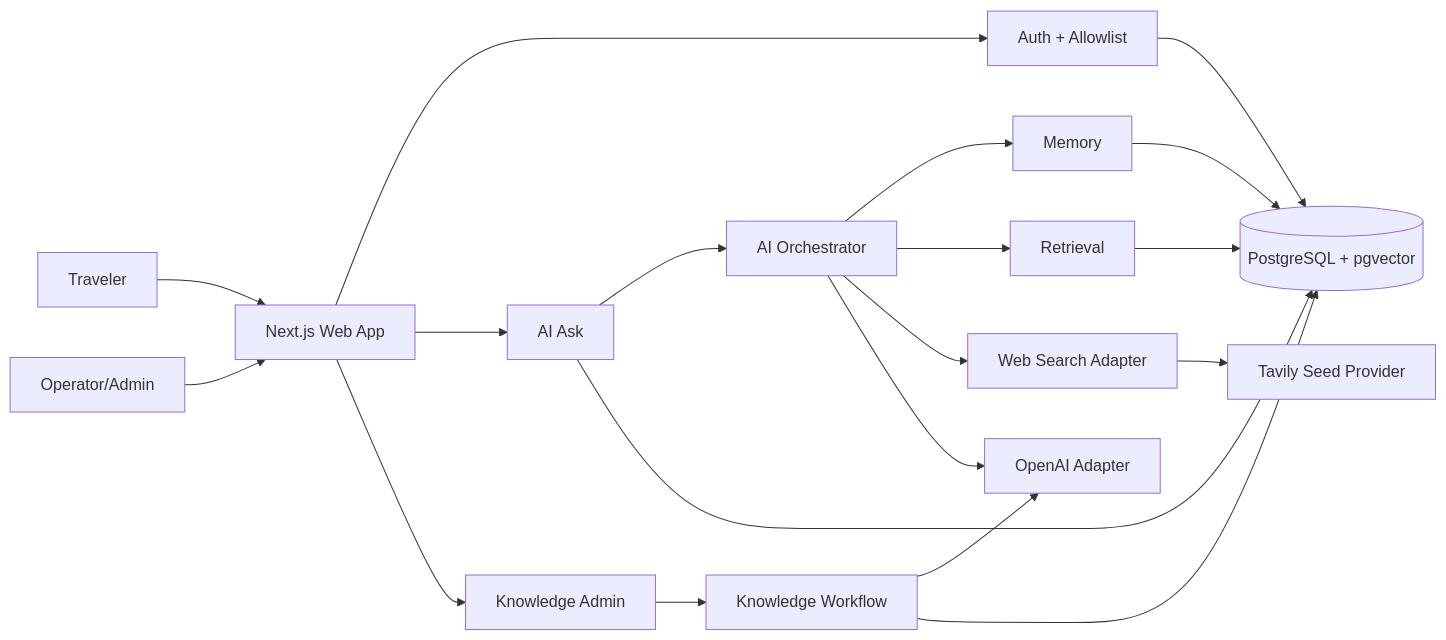
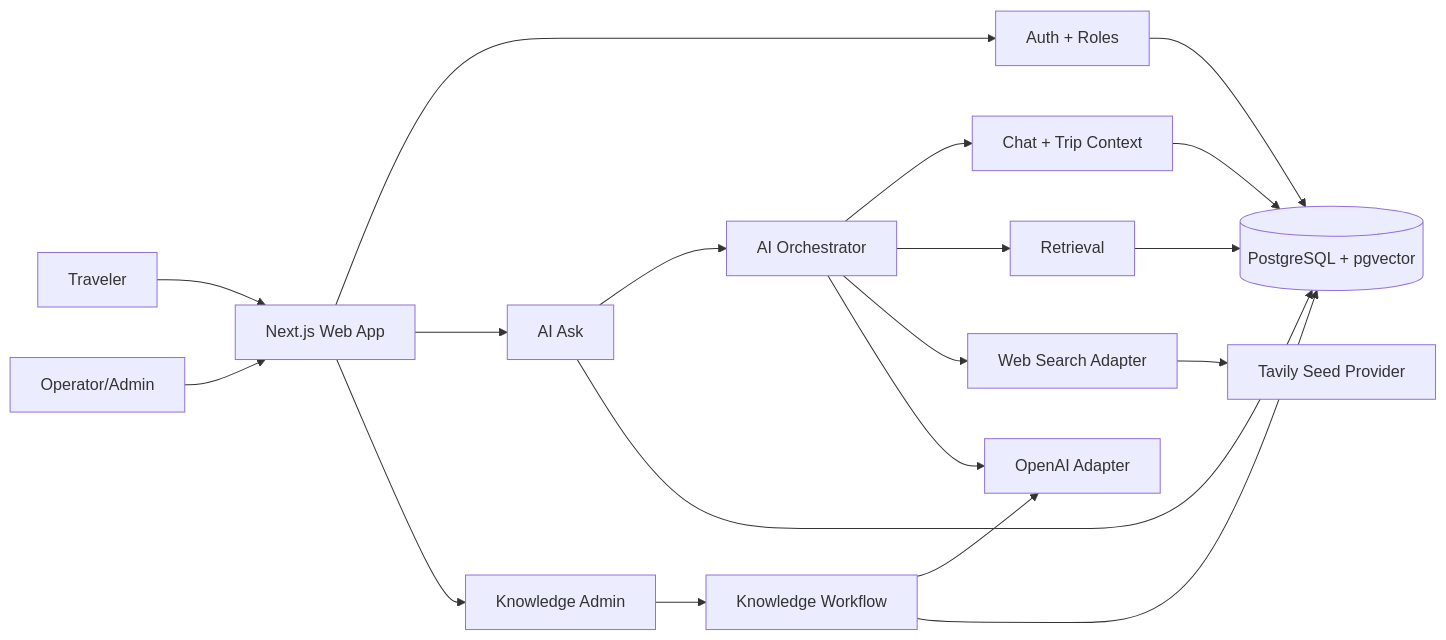
One commit to tonytippi/xuyenviet changed the first of 3 diagrams in _bmad-output/planning-artifacts/architecture/architecture-xuyenviet-2026-07-04/ARCHITECTURE-SPINE.md. Above: the diagram before and after it, drawn with Mermaid. The commit also changed other lines of this file and 5 other files, not shown here.

````diff
--- a/_bmad-output/planning-artifacts/architecture/architecture-xuyenviet-2026-07-04/ARCHITECTURE-SPINE.md
+++ b/_bmad-output/planning-artifacts/architecture/architecture-xuyenviet-2026-07-04/ARCHITECTURE-SPINE.md
@@ -20,21 +20,21 @@
 ```mermaid
 flowchart LR
   Traveler[Traveler] --> Web[Next.js Web App]
   Operator[Operator/Admin] --> Web
-  Web --> Auth[Auth + Allowlist]
+  Web --> Auth[Auth + Roles]
   Web --> Chat[AI Ask]
   Web --> Admin[Knowledge Admin]
   Chat --> Orchestrator[AI Orchestrator]
   Admin --> Knowledge[Knowledge Workflow]
-  Orchestrator --> Memory[Memory]
+  Orchestrator --> ChatContext[Chat + Trip Context]
   Orchestrator --> Retrieval[Retrieval]
   Orchestrator --> Search[Web Search Adapter]
   Orchestrator --> OpenAI[OpenAI Adapter]
   Knowledge --> OpenAI
-  Memory --> DB[(PostgreSQL + pgvector)]
+  ChatContext --> DB[(PostgreSQL + pgvector)]
   Retrieval --> DB
   Knowledge --> DB
   Auth --> DB
   Chat --> DB
   Search --> Tavily[Tavily Seed Provider]
 ```
````
